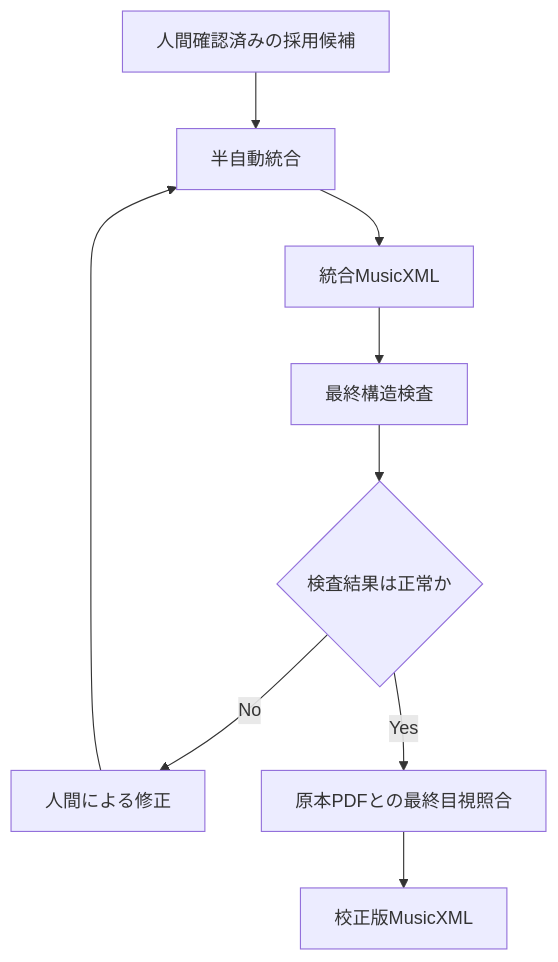
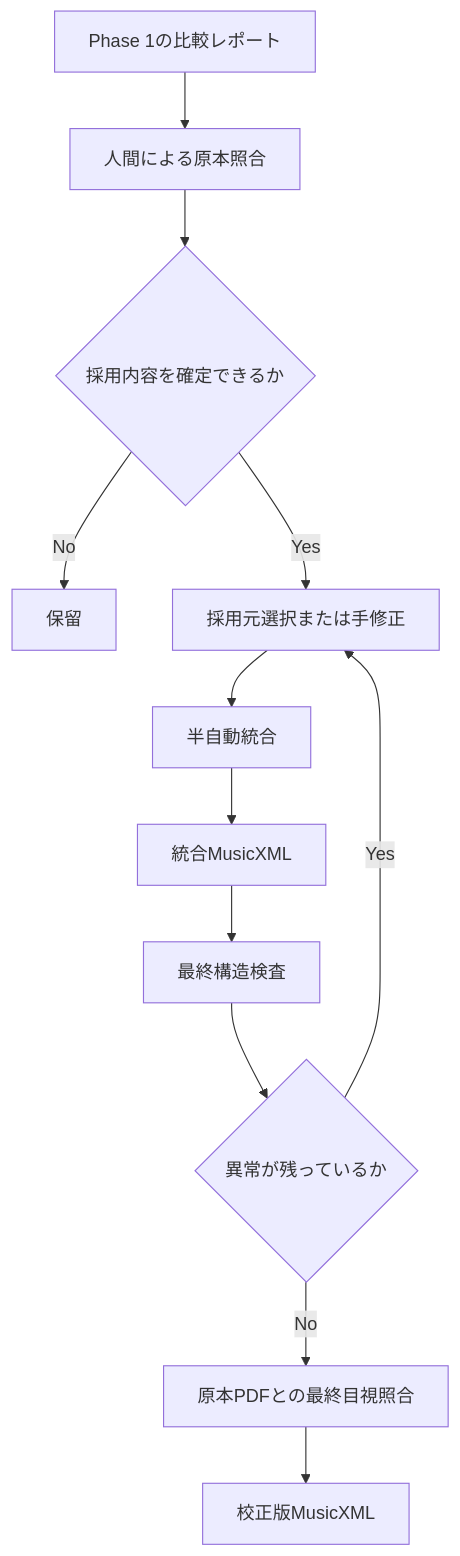
One commit to t-oikawa-sendai/score-reader changed the second of 4 diagrams in docs/design/MULTI_OMR_BASIC_DESIGN.md. Above: the diagram before and after it, drawn with Mermaid. The commit also changed other lines of this file, not shown here.

Commit message:
Separate phase 1 comparison scope from future integration workflow

````diff
--- a/docs/design/MULTI_OMR_BASIC_DESIGN.md
+++ b/docs/design/MULTI_OMR_BASIC_DESIGN.md
@@ -178,11 +205,17 @@
 ```mermaid
 flowchart TD
-    A[人間確認済みの採用候補] --> B[半自動統合]
-    B --> C[統合MusicXML]
-    C --> D[最終構造検査]
-    D --> E{検査結果は正常か}
-    E -->|No| F[人間による修正]
-    F --> B
-    E -->|Yes| G[原本PDFとの最終目視照合]
-    G --> H[校正版MusicXML]
+    A[Phase 1の比較レポート] --> B[人間による原本照合]
+    B --> C{採用内容を確定できるか}
+
+    C -->|No| D[保留]
+    C -->|Yes| E[採用元選択または手修正]
+
+    E --> F[半自動統合]
+    F --> G[統合MusicXML]
+    G --> H[最終構造検査]
+    H --> I{異常が残っているか}
+
+    I -->|Yes| E
+    I -->|No| J[原本PDFとの最終目視照合]
+    J --> K[校正版MusicXML]
 ```
````
